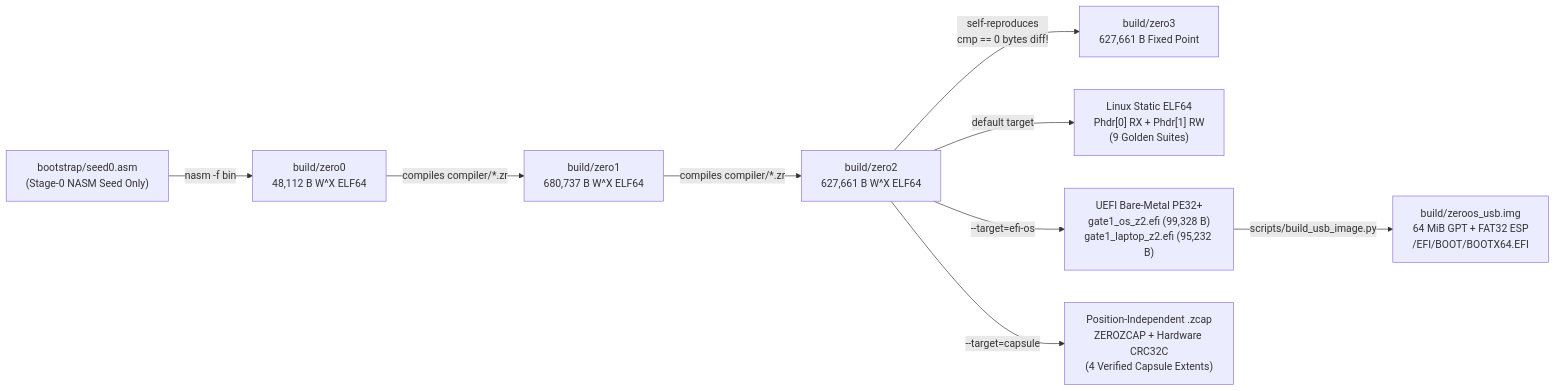
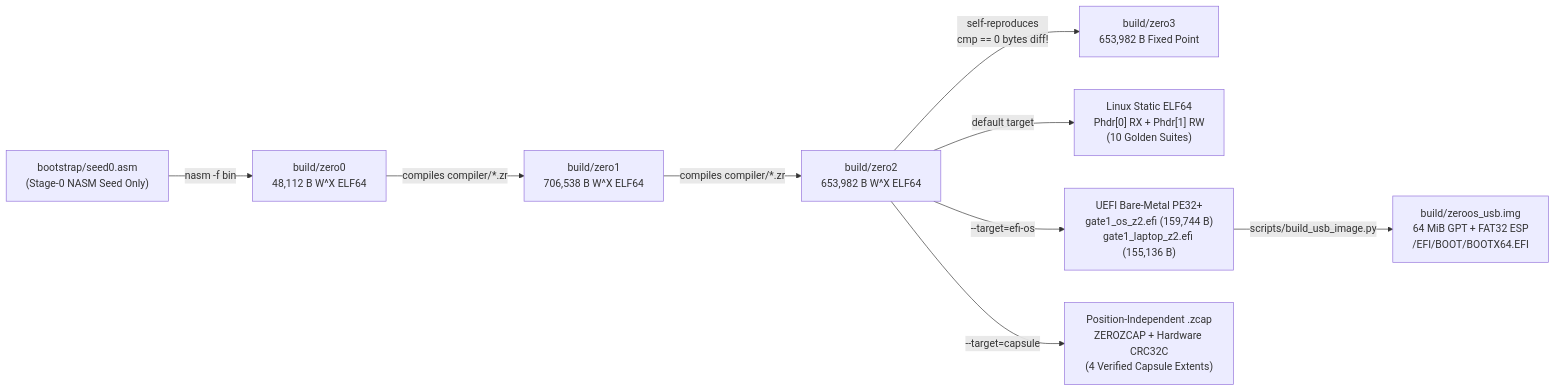
The diagram in README.md (Cetin-Furkan/zero), drawn with Mermaid before and after one commit. The commit also changed other lines of this file and 18 other files, not shown here.

````diff
--- a/README.md
+++ b/README.md
@@ -26,12 +26,12 @@
 ```mermaid
 flowchart LR
     SEED["bootstrap/seed0.asm\n(Stage-0 NASM Seed Only)"] -->|"nasm -f bin"| Z0["build/zero0\n48,112 B W^X ELF64"]
-    Z0 -->|"compiles compiler/*.zr"| Z1["build/zero1\n680,737 B W^X ELF64"]
-    Z1 -->|"compiles compiler/*.zr"| Z2["build/zero2\n627,661 B W^X ELF64"]
-    Z2 -->|"self-reproduces\ncmp == 0 bytes diff!"| Z3["build/zero3\n627,661 B Fixed Point"]
+    Z0 -->|"compiles compiler/*.zr"| Z1["build/zero1\n706,538 B W^X ELF64"]
+    Z1 -->|"compiles compiler/*.zr"| Z2["build/zero2\n653,982 B W^X ELF64"]
+    Z2 -->|"self-reproduces\ncmp == 0 bytes diff!"| Z3["build/zero3\n653,982 B Fixed Point"]
 
-    Z2 -->|"default target"| ELF["Linux Static ELF64\nPhdr[0] RX + Phdr[1] RW\n(9 Golden Suites)"]
-    Z2 -->|"--target=efi-os"| EFI["UEFI Bare-Metal PE32+\ngate1_os_z2.efi (99,328 B)\ngate1_laptop_z2.efi (95,232 B)"]
+    Z2 -->|"default target"| ELF["Linux Static ELF64\nPhdr[0] RX + Phdr[1] RW\n(10 Golden Suites)"]
+    Z2 -->|"--target=efi-os"| EFI["UEFI Bare-Metal PE32+\ngate1_os_z2.efi (159,744 B)\ngate1_laptop_z2.efi (155,136 B)"]
     Z2 -->|"--target=capsule"| CAP["Position-Independent .zcap\nZEROZCAP + Hardware CRC32C\n(4 Verified Capsule Extents)"]
     EFI -->|"scripts/build_usb_image.py"| USB["build/zeroos_usb.img\n64 MiB GPT + FAT32 ESP\n/EFI/BOOT/BOOTX64.EFI"]
 ```
````
